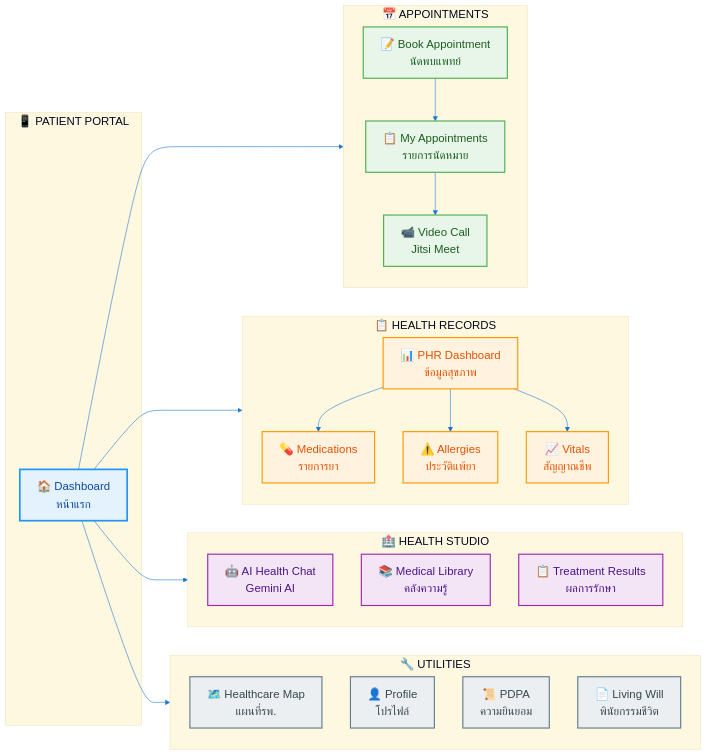
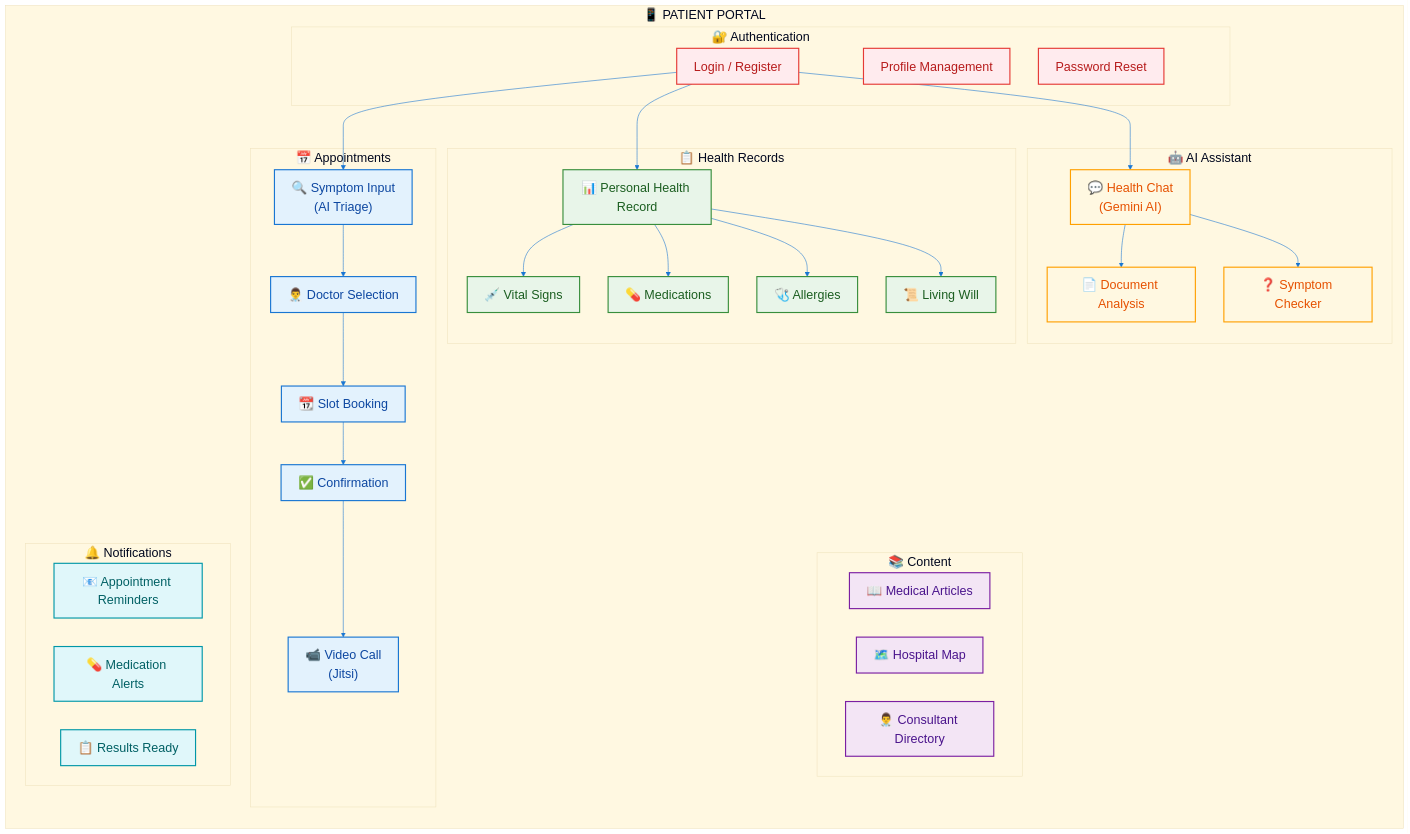
One commit to chiraleo2000/Isara-Anywhere changed the diagram in Presentations/diagrams/02-patient-features.mmd. Above: the diagram before and after it, drawn with Mermaid. The commit also changed other lines of this file and 198 other files, not shown here.

```diff
--- a/Presentations/diagrams/02-patient-features.mmd
+++ b/Presentations/diagrams/02-patient-features.mmd
@@ -1,70 +1,83 @@
 %%{init: {
   'theme': 'base',
   'themeVariables': {
     'primaryColor': '#E3F2FD',
     'primaryTextColor': '#0D47A1',
     'primaryBorderColor': '#2196F3',
     'lineColor': '#1976D2',
     'secondaryColor': '#E8F5E9',
     'tertiaryColor': '#FFF8E1',
-    'fontSize': '20px',
+    'fontSize': '22px',
     'fontFamily': 'Segoe UI, Arial'
   }
 }}%%
 
-flowchart LR
-    subgraph CENTER["📱 PATIENT PORTAL"]
-        HOME["🏠 Dashboard<br/>หน้าแรก"]
+flowchart TB
+    subgraph PP["📱 PATIENT PORTAL"]
+        direction TB
+        
+        subgraph AUTH["🔐 Authentication"]
+            A1["Login / Register"]
+            A2["Profile Management"]
+            A3["Password Reset"]
+        end
+        
+        subgraph APPT["📅 Appointments"]
+            B1["🔍 Symptom Input<br/>(AI Triage)"]
+            B2["👨‍⚕️ Doctor Selection"]
+            B3["📆 Slot Booking"]
+            B4["✅ Confirmation"]
+            B5["📹 Video Call<br/>(Jitsi)"]
+        end
+        
+        subgraph PHR["📋 Health Records"]
+            C1["📊 Personal Health Record"]
+            C2["💉 Vital Signs"]
+            C3["💊 Medications"]
+            C4["🩺 Allergies"]
+            C5["📜 Living Will"]
+        end
+        
+        subgraph AI_ASSIST["🤖 AI Assistant"]
+            D1["💬 Health Chat<br/>(Gemini AI)"]
+            D2["📄 Document Analysis"]
+            D3["❓ Symptom Checker"]
+        end
+        
+        subgraph CONTENT["📚 Content"]
+            E1["📖 Medical Articles"]
+            E2["🗺️ Hospital Map"]
+            E3["👨‍⚕️ Consultant Directory"]
+        end
+        
+        subgraph NOTIFY["🔔 Notifications"]
+            F1["📧 Appointment Reminders"]
+            F2["💊 Medication Alerts"]
+            F3["📋 Results Ready"]
+        end
     end
 
-    subgraph BOOKING["📅 APPOINTMENTS"]
-        B1["📝 Book Appointment<br/>นัดพบแพทย์"]
-        B2["📋 My Appointments<br/>รายการนัดหมาย"]
-        B3["📹 Video Call<br/>Jitsi Meet"]
-    end
+    A1 --> B1
+    B1 --> B2 --> B3 --> B4 --> B5
+    A1 --> C1
+    C1 --> C2
+    C1 --> C3
+    C1 --> C4
+    C1 --> C5
+    A1 --> D1
+    D1 --> D2
+    D1 --> D3
 
-    subgraph PHR["📋 HEALTH RECORDS"]
-        P1["📊 PHR Dashboard<br/>ข้อมูลสุขภาพ"]
-        P2["💊 Medications<br/>รายการยา"]
-        P3["⚠️ Allergies<br/>ประวัติแพ้ยา"]
-        P4["📈 Vitals<br/>สัญญาณชีพ"]
-    end
+    classDef authStyle fill:#FFEBEE,stroke:#E53935,stroke-width:2px,color:#B71C1C
+    classDef apptStyle fill:#E3F2FD,stroke:#1976D2,stroke-width:2px,color:#0D47A1
+    classDef phrStyle fill:#E8F5E9,stroke:#388E3C,stroke-width:2px,color:#1B5E20
+    classDef aiStyle fill:#FFF8E1,stroke:#FFA000,stroke-width:2px,color:#E65100
+    classDef contentStyle fill:#F3E5F5,stroke:#7B1FA2,stroke-width:2px,color:#4A148C
+    classDef notifyStyle fill:#E0F7FA,stroke:#0097A7,stroke-width:2px,color:#006064
 
-    subgraph HEALTH["🏥 HEALTH STUDIO"]
-        H1["🤖 AI Health Chat<br/>Gemini AI"]
-        H2["📚 Medical Library<br/>คลังความรู้"]
-        H3["📋 Treatment Results<br/>ผลการรักษา"]
-    end
-
-    subgraph EXTRA["🔧 UTILITIES"]
-        M1["🗺️ Healthcare Map<br/>แผนที่รพ."]
-        PR1["👤 Profile<br/>โปรไฟล์"]
-        PR2["📜 PDPA<br/>ความยินยอม"]
-        LW["📄 Living Will<br/>พินัยกรรมชีวิต"]
-    end
-
-    %% Connections from Dashboard
-    HOME --> BOOKING
-    HOME --> PHR
-    HOME --> HEALTH
-    HOME --> EXTRA
-
-    %% Internal flows
-    B1 --> B2
-    B2 --> B3
-    P1 --> P2
-    P1 --> P3
-    P1 --> P4
-
-    %% Styling
-    classDef centerStyle fill:#E3F2FD,stroke:#2196F3,stroke-width:3px,color:#0D47A1
-    classDef bookingStyle fill:#E8F5E9,stroke:#4CAF50,stroke-width:2px,color:#1B5E20
-    classDef phrStyle fill:#FFF3E0,stroke:#FF9800,stroke-width:2px,color:#E65100
-    classDef healthStyle fill:#F3E5F5,stroke:#9C27B0,stroke-width:2px,color:#4A148C
-    classDef extraStyle fill:#ECEFF1,stroke:#607D8B,stroke-width:2px,color:#37474F
-
-    class HOME centerStyle
-    class B1,B2,B3 bookingStyle
-    class P1,P2,P3,P4 phrStyle
-    class H1,H2,H3 healthStyle
-    class M1,PR1,PR2,LW extraStyle
+    class A1,A2,A3 authStyle
+    class B1,B2,B3,B4,B5 apptStyle
+    class C1,C2,C3,C4,C5 phrStyle
+    class D1,D2,D3 aiStyle
+    class E1,E2,E3 contentStyle
+    class F1,F2,F3 notifyStyle
```
